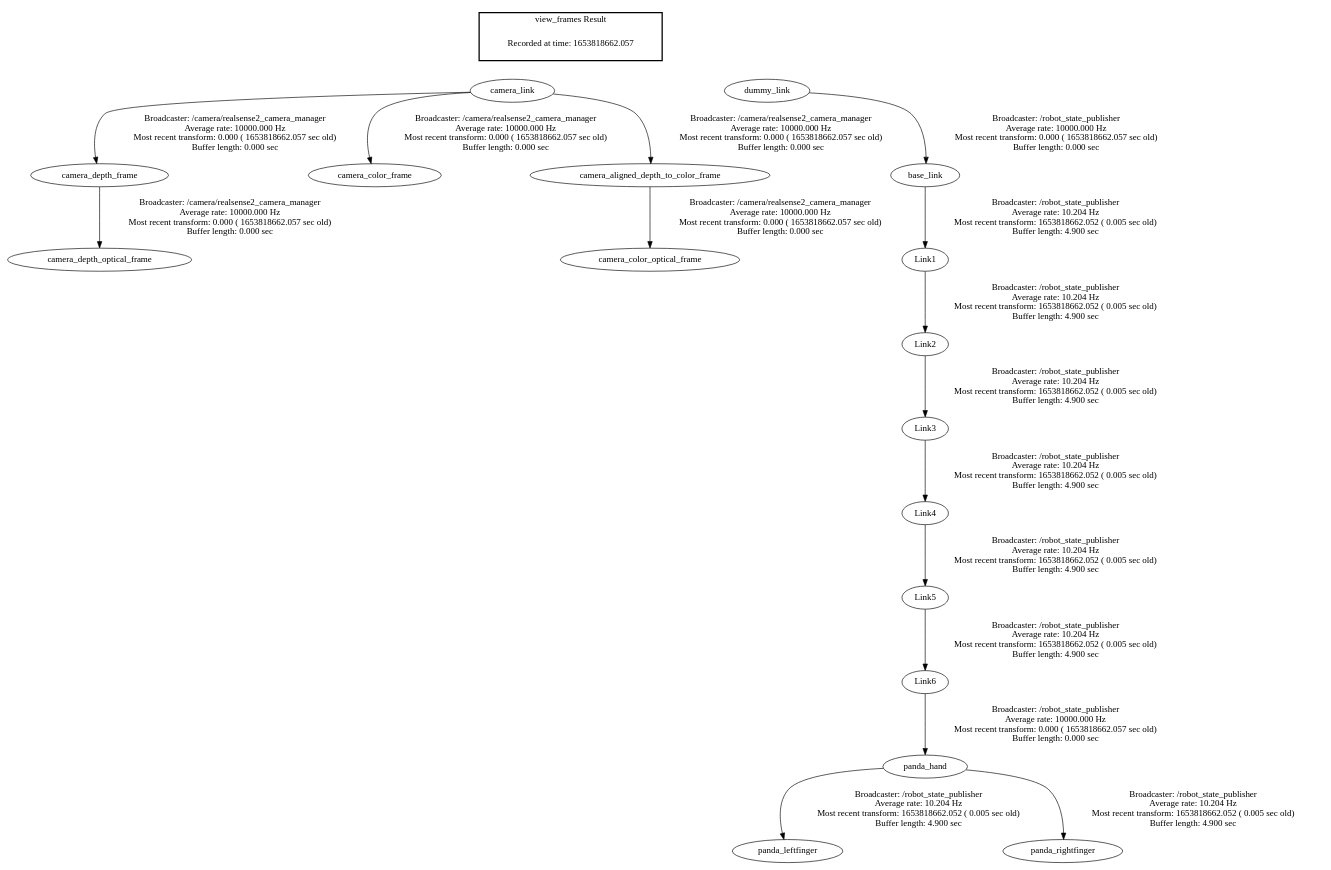
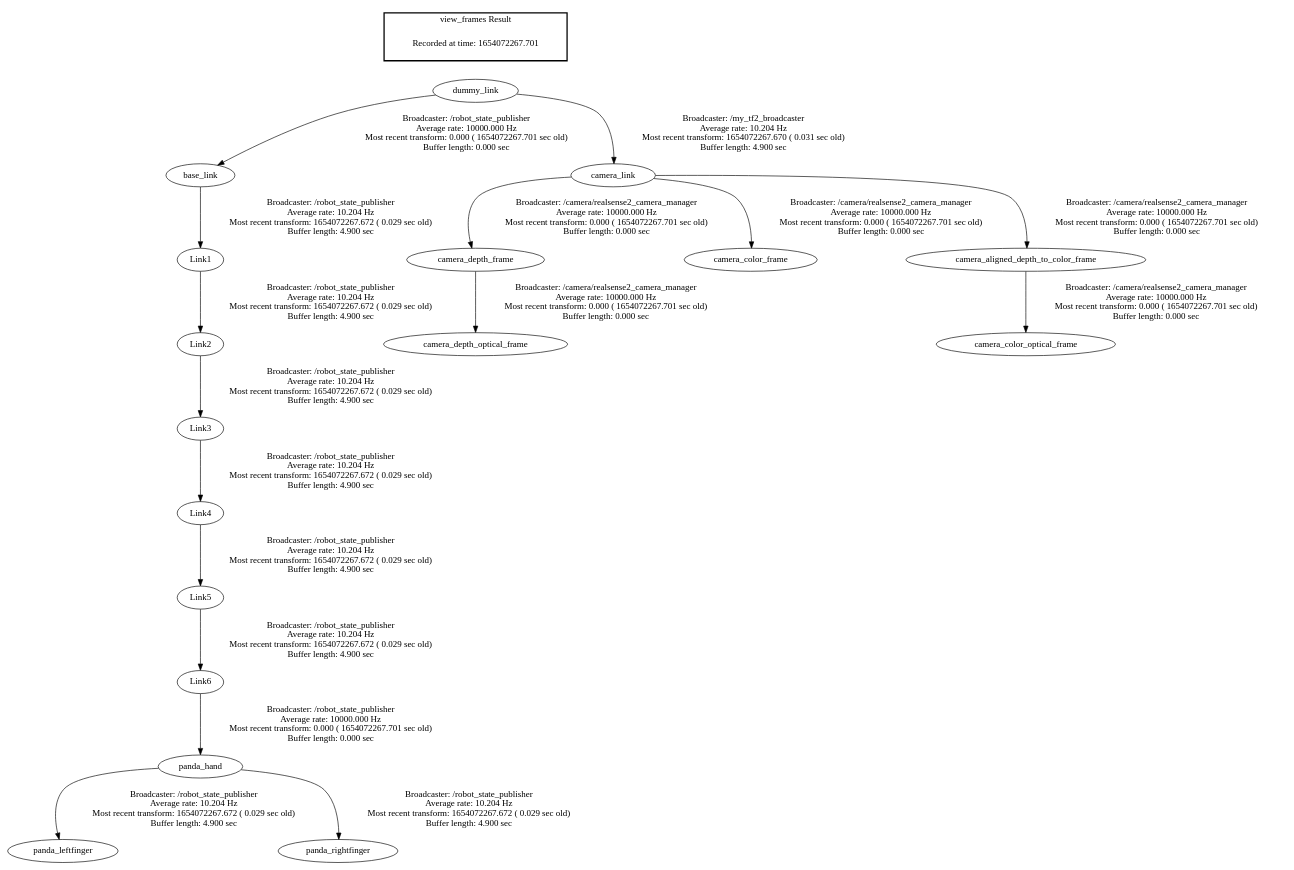
The diagram in cr3_ws/frames.gv (earthtennison/robocup-manipulation), drawn with Graphviz before and after one commit. The commit also changed 17 other files, not shown here.

```diff
--- a/cr3_ws/frames.gv
+++ b/cr3_ws/frames.gv
@@ -1,25 +1,22 @@
 digraph G {
-"camera_link" -> "camera_depth_frame"[label="Broadcaster: /camera/realsense2_camera_manager\nAverage rate: 10000.000 Hz\nMost recent transform: 0.000 ( 1653818662.057 sec old)\nBuffer length: 0.000 sec\n"];
-"camera_depth_frame" -> "camera_depth_optical_frame"[label="Broadcaster: /camera/realsense2_camera_manager\nAverage rate: 10000.000 Hz\nMost recent transform: 0.000 ( 1653818662.057 sec old)\nBuffer length: 0.000 sec\n"];
-"camera_link" -> "camera_color_frame"[label="Broadcaster: /camera/realsense2_camera_manager\nAverage rate: 10000.000 Hz\nMost recent transform: 0.000 ( 1653818662.057 sec old)\nBuffer length: 0.000 sec\n"];
-"camera_aligned_depth_to_color_frame" -> "camera_color_optical_frame"[label="Broadcaster: /camera/realsense2_camera_manager\nAverage rate: 10000.000 Hz\nMost recent transform: 0.000 ( 1653818662.057 sec old)\nBuffer length: 0.000 sec\n"];
-"camera_link" -> "camera_aligned_depth_to_color_frame"[label="Broadcaster: /camera/realsense2_camera_manager\nAverage rate: 10000.000 Hz\nMost recent transform: 0.000 ( 1653818662.057 sec old)\nBuffer length: 0.000 sec\n"];
-"dummy_link" -> "base_link"[label="Broadcaster: /robot_state_publisher\nAverage rate: 10000.000 Hz\nMost recent transform: 0.000 ( 1653818662.057 sec old)\nBuffer length: 0.000 sec\n"];
-"Link6" -> "panda_hand"[label="Broadcaster: /robot_state_publisher\nAverage rate: 10000.000 Hz\nMost recent transform: 0.000 ( 1653818662.057 sec old)\nBuffer length: 0.000 sec\n"];
-"Link5" -> "Link6"[label="Broadcaster: /robot_state_publisher\nAverage rate: 10.204 Hz\nMost recent transform: 1653818662.052 ( 0.005 sec old)\nBuffer length: 4.900 sec\n"];
-"base_link" -> "Link1"[label="Broadcaster: /robot_state_publisher\nAverage rate: 10.204 Hz\nMost recent transform: 1653818662.052 ( 0.005 sec old)\nBuffer length: 4.900 sec\n"];
-"Link1" -> "Link2"[label="Broadcaster: /robot_state_publisher\nAverage rate: 10.204 Hz\nMost recent transform: 1653818662.052 ( 0.005 sec old)\nBuffer length: 4.900 sec\n"];
-"Link2" -> "Link3"[label="Broadcaster: /robot_state_publisher\nAverage rate: 10.204 Hz\nMost recent transform: 1653818662.052 ( 0.005 sec old)\nBuffer length: 4.900 sec\n"];
-"Link3" -> "Link4"[label="Broadcaster: /robot_state_publisher\nAverage rate: 10.204 Hz\nMost recent transform: 1653818662.052 ( 0.005 sec old)\nBuffer length: 4.900 sec\n"];
-"Link4" -> "Link5"[label="Broadcaster: /robot_state_publisher\nAverage rate: 10.204 Hz\nMost recent transform: 1653818662.052 ( 0.005 sec old)\nBuffer length: 4.900 sec\n"];
-"panda_hand" -> "panda_leftfinger"[label="Broadcaster: /robot_state_publisher\nAverage rate: 10.204 Hz\nMost recent transform: 1653818662.052 ( 0.005 sec old)\nBuffer length: 4.900 sec\n"];
-"panda_hand" -> "panda_rightfinger"[label="Broadcaster: /robot_state_publisher\nAverage rate: 10.204 Hz\nMost recent transform: 1653818662.052 ( 0.005 sec old)\nBuffer length: 4.900 sec\n"];
+"dummy_link" -> "base_link"[label="Broadcaster: /robot_state_publisher\nAverage rate: 10000.000 Hz\nMost recent transform: 0.000 ( 1654072267.701 sec old)\nBuffer length: 0.000 sec\n"];
+"Link6" -> "panda_hand"[label="Broadcaster: /robot_state_publisher\nAverage rate: 10000.000 Hz\nMost recent transform: 0.000 ( 1654072267.701 sec old)\nBuffer length: 0.000 sec\n"];
+"Link5" -> "Link6"[label="Broadcaster: /robot_state_publisher\nAverage rate: 10.204 Hz\nMost recent transform: 1654072267.672 ( 0.029 sec old)\nBuffer length: 4.900 sec\n"];
+"camera_link" -> "camera_depth_frame"[label="Broadcaster: /camera/realsense2_camera_manager\nAverage rate: 10000.000 Hz\nMost recent transform: 0.000 ( 1654072267.701 sec old)\nBuffer length: 0.000 sec\n"];
+"dummy_link" -> "camera_link"[label="Broadcaster: /my_tf2_broadcaster\nAverage rate: 10.204 Hz\nMost recent transform: 1654072267.670 ( 0.031 sec old)\nBuffer length: 4.900 sec\n"];
+"camera_depth_frame" -> "camera_depth_optical_frame"[label="Broadcaster: /camera/realsense2_camera_manager\nAverage rate: 10000.000 Hz\nMost recent transform: 0.000 ( 1654072267.701 sec old)\nBuffer length: 0.000 sec\n"];
+"camera_link" -> "camera_color_frame"[label="Broadcaster: /camera/realsense2_camera_manager\nAverage rate: 10000.000 Hz\nMost recent transform: 0.000 ( 1654072267.701 sec old)\nBuffer length: 0.000 sec\n"];
+"camera_aligned_depth_to_color_frame" -> "camera_color_optical_frame"[label="Broadcaster: /camera/realsense2_camera_manager\nAverage rate: 10000.000 Hz\nMost recent transform: 0.000 ( 1654072267.701 sec old)\nBuffer length: 0.000 sec\n"];
+"camera_link" -> "camera_aligned_depth_to_color_frame"[label="Broadcaster: /camera/realsense2_camera_manager\nAverage rate: 10000.000 Hz\nMost recent transform: 0.000 ( 1654072267.701 sec old)\nBuffer length: 0.000 sec\n"];
+"base_link" -> "Link1"[label="Broadcaster: /robot_state_publisher\nAverage rate: 10.204 Hz\nMost recent transform: 1654072267.672 ( 0.029 sec old)\nBuffer length: 4.900 sec\n"];
+"Link1" -> "Link2"[label="Broadcaster: /robot_state_publisher\nAverage rate: 10.204 Hz\nMost recent transform: 1654072267.672 ( 0.029 sec old)\nBuffer length: 4.900 sec\n"];
+"Link2" -> "Link3"[label="Broadcaster: /robot_state_publisher\nAverage rate: 10.204 Hz\nMost recent transform: 1654072267.672 ( 0.029 sec old)\nBuffer length: 4.900 sec\n"];
+"Link3" -> "Link4"[label="Broadcaster: /robot_state_publisher\nAverage rate: 10.204 Hz\nMost recent transform: 1654072267.672 ( 0.029 sec old)\nBuffer length: 4.900 sec\n"];
+"Link4" -> "Link5"[label="Broadcaster: /robot_state_publisher\nAverage rate: 10.204 Hz\nMost recent transform: 1654072267.672 ( 0.029 sec old)\nBuffer length: 4.900 sec\n"];
+"panda_hand" -> "panda_leftfinger"[label="Broadcaster: /robot_state_publisher\nAverage rate: 10.204 Hz\nMost recent transform: 1654072267.672 ( 0.029 sec old)\nBuffer length: 4.900 sec\n"];
+"panda_hand" -> "panda_rightfinger"[label="Broadcaster: /robot_state_publisher\nAverage rate: 10.204 Hz\nMost recent transform: 1654072267.672 ( 0.029 sec old)\nBuffer length: 4.900 sec\n"];
 edge [style=invis];
  subgraph cluster_legend { style=bold; color=black; label ="view_frames Result";
-"Recorded at time: 1653818662.057"[ shape=plaintext ] ;
- }->"camera_link";
-edge [style=invis];
- subgraph cluster_legend { style=bold; color=black; label ="view_frames Result";
-"Recorded at time: 1653818662.057"[ shape=plaintext ] ;
+"Recorded at time: 1654072267.701"[ shape=plaintext ] ;
  }->"dummy_link";
 }
```
